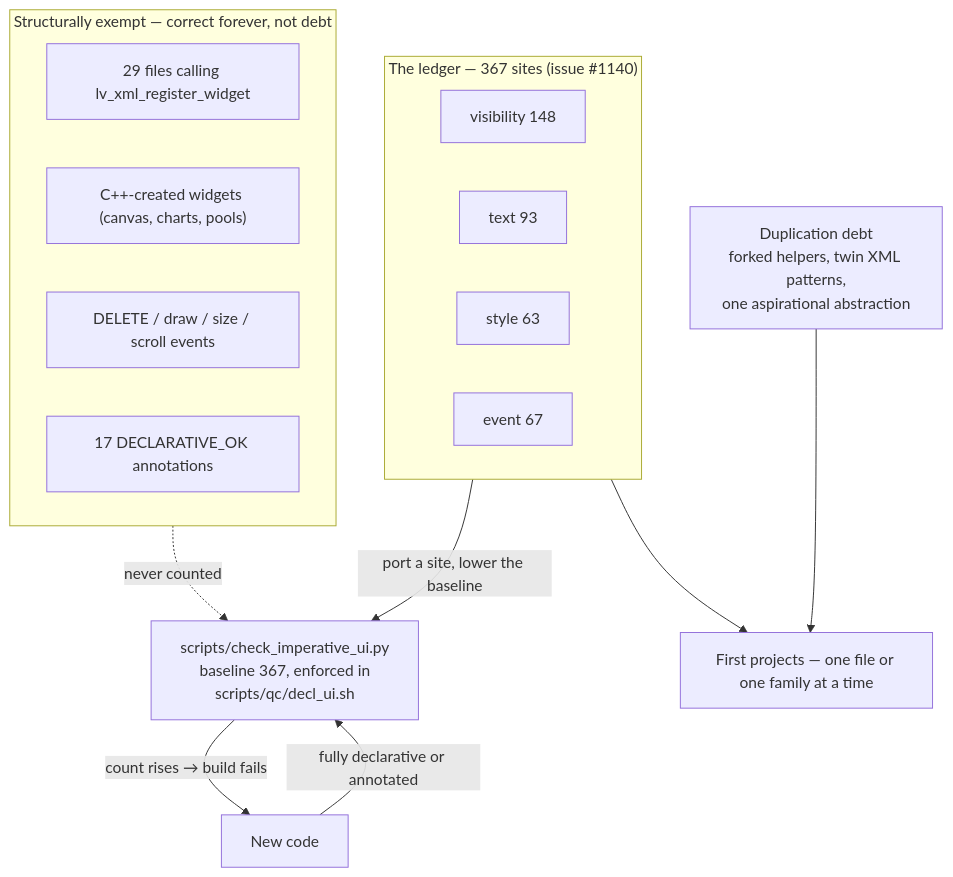
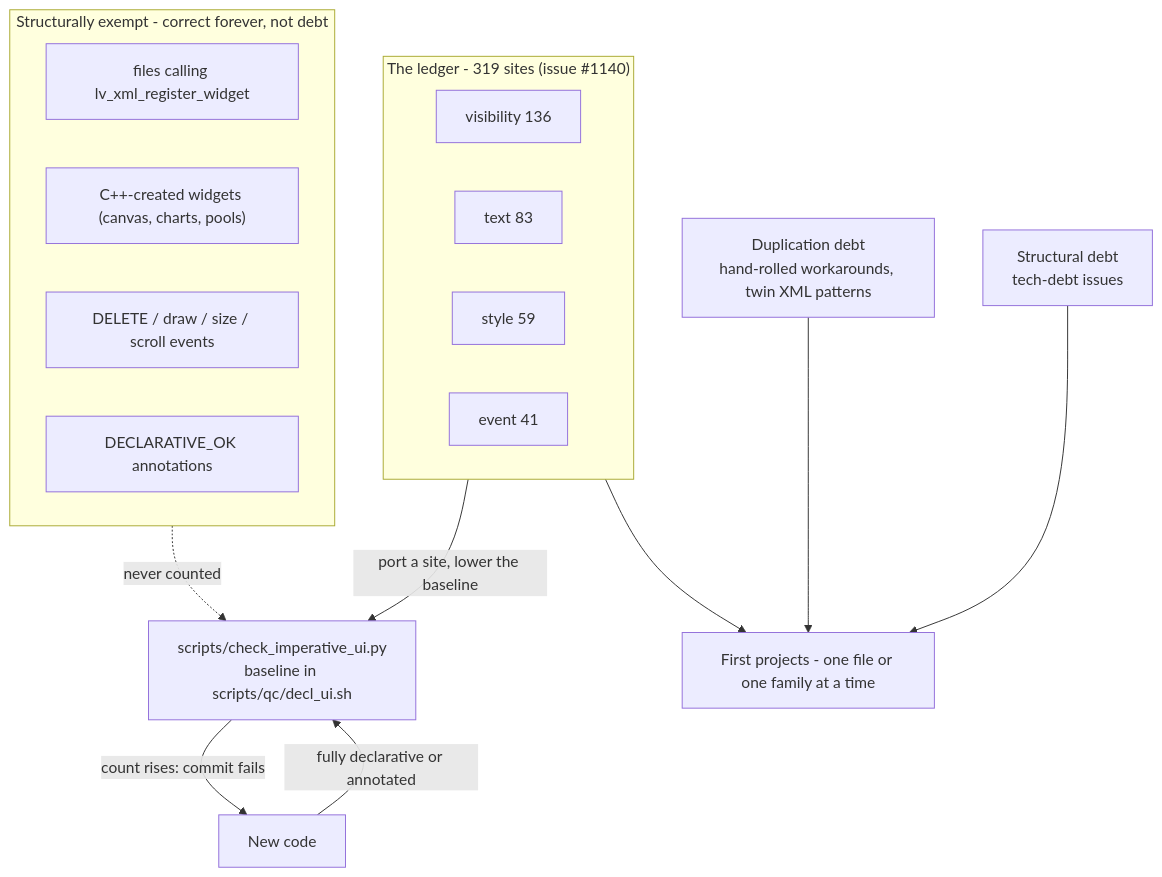
One commit to jrlomas/helixscreen changed the diagram in docs/devel/architecture/15-known-debt.md. Above: the diagram before and after it, drawn with Mermaid. The commit also changed other lines of this file and 90 other files, not shown here.

First line of the commit message:
docs(devel): refresh the architecture guide against the code, add an ESP32 firmware chapter, move printer-specific docs under printers/ and printer-research/, retire shipped plans

````diff
--- a/docs/devel/architecture/15-known-debt.md
+++ b/docs/devel/architecture/15-known-debt.md
@@ -7,26 +7,27 @@
 ```mermaid
 flowchart TD
     NEW["New code"] -->|"fully declarative or annotated"| GATE
 
-    subgraph LEDGER["The ledger — 367 sites (issue #1140)"]
-        V["visibility 148"]
-        T["text 93"]
-        S["style 63"]
-        E["event 67"]
+    subgraph LEDGER["The ledger - 319 sites (issue #1140)"]
+        V["visibility 136"]
+        T["text 83"]
+        S["style 59"]
+        E["event 41"]
     end
 
-    GATE["scripts/check_imperative_ui.py<br/>baseline 367, enforced in<br/>scripts/qc/decl_ui.sh"]
+    GATE["scripts/check_imperative_ui.py<br/>baseline in scripts/qc/decl_ui.sh"]
     LEDGER -->|"port a site, lower the baseline"| GATE
-    GATE -->|"count rises → build fails"| NEW
+    GATE -->|"count rises: commit fails"| NEW
 
-    subgraph EXEMPT["Structurally exempt — correct forever, not debt"]
-        W["29 files calling lv_xml_register_widget"]
+    subgraph EXEMPT["Structurally exempt - correct forever, not debt"]
+        W["files calling lv_xml_register_widget"]
         C["C++-created widgets (canvas, charts, pools)"]
         H["DELETE / draw / size / scroll events"]
-        A["17 DECLARATIVE_OK annotations"]
+        A["DECLARATIVE_OK annotations"]
     end
     EXEMPT -.->|"never counted"| GATE
 
-    DUP["Duplication debt<br/>forked helpers, twin XML patterns,<br/>one aspirational abstraction"] --> PROJECTS
-    LEDGER --> PROJECTS["First projects — one file or one family at a time"]
+    DUP["Duplication debt<br/>hand-rolled workarounds, twin XML patterns"] --> PROJECTS
+    ISSUES["Structural debt<br/>tech-debt issues"] --> PROJECTS
+    LEDGER --> PROJECTS["First projects - one file or one family at a time"]
 ```
````
